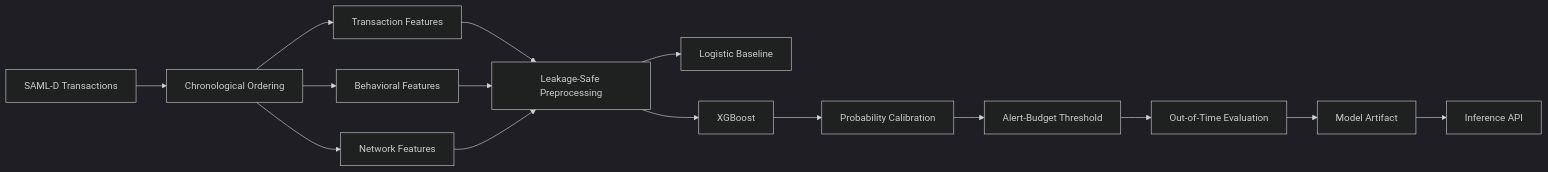
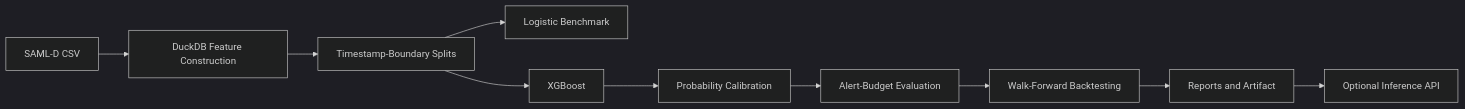
Before and after one commit to Samarthuday/Quantitative-Transaction-Risk-Modeling: the diagram in README.md, drawn with Mermaid (dark theme). The commit also changed other lines of this file and 12 other files, not shown here.

First line of the commit message:
feat: update project version and dependencies; enhance feature building and model training scripts

````diff
--- a/README.md
+++ b/README.md
@@ -57,17 +27,12 @@
 ```mermaid
 flowchart LR
-    A[SAML-D Transactions] --> B[Chronological Ordering]
-    B --> C[Transaction Features]
-    B --> D[Behavioral Features]
-    B --> E[Network Features]
-    C --> F[Leakage-Safe Preprocessing]
-    D --> F
-    E --> F
-    F --> G[Logistic Baseline]
-    F --> H[XGBoost]
-    H --> I[Probability Calibration]
-    I --> J[Alert-Budget Threshold]
-    J --> K[Out-of-Time Evaluation]
-    K --> L[Model Artifact]
-    L --> M[Inference API]
+    A[SAML-D CSV] --> B[DuckDB Feature Construction]
+    B --> C[Timestamp-Boundary Splits]
+    C --> D[Logistic Benchmark]
+    C --> E[XGBoost]
+    E --> F[Probability Calibration]
+    F --> G[Alert-Budget Evaluation]
+    G --> H[Walk-Forward Backtesting]
+    H --> I[Reports and Artifact]
+    I --> J[Optional Inference API]
 ```
````
